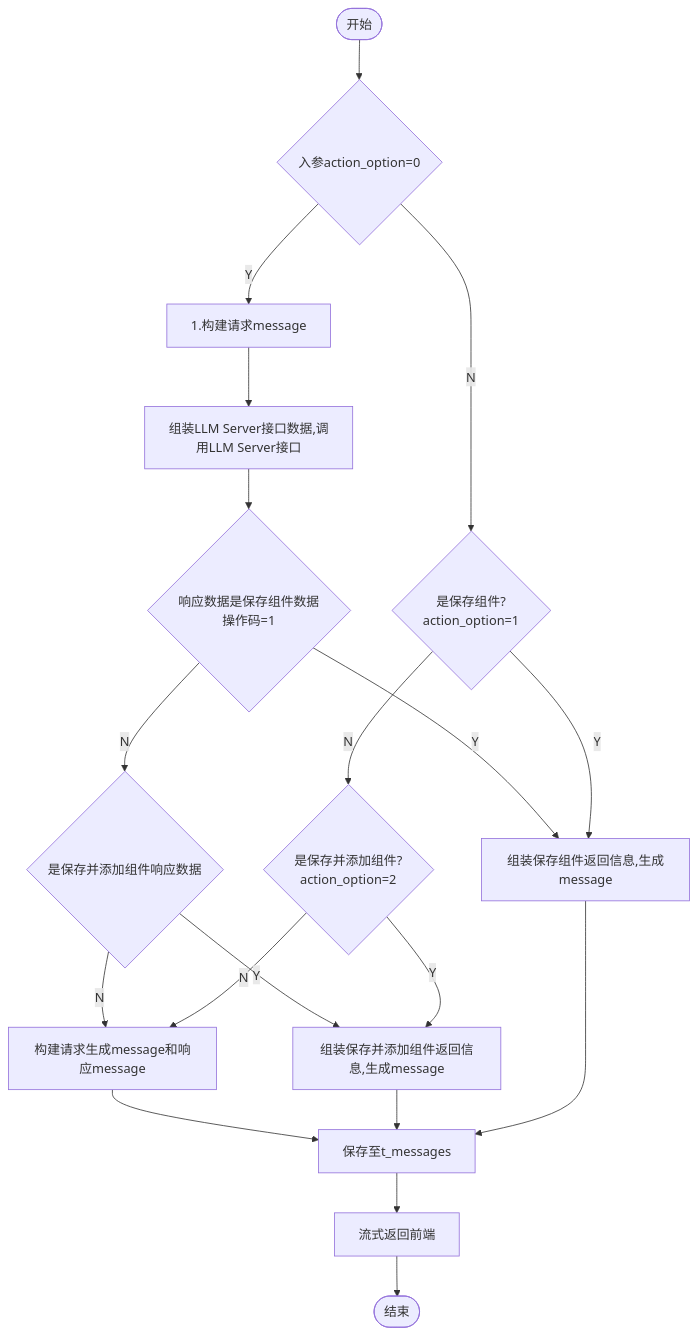
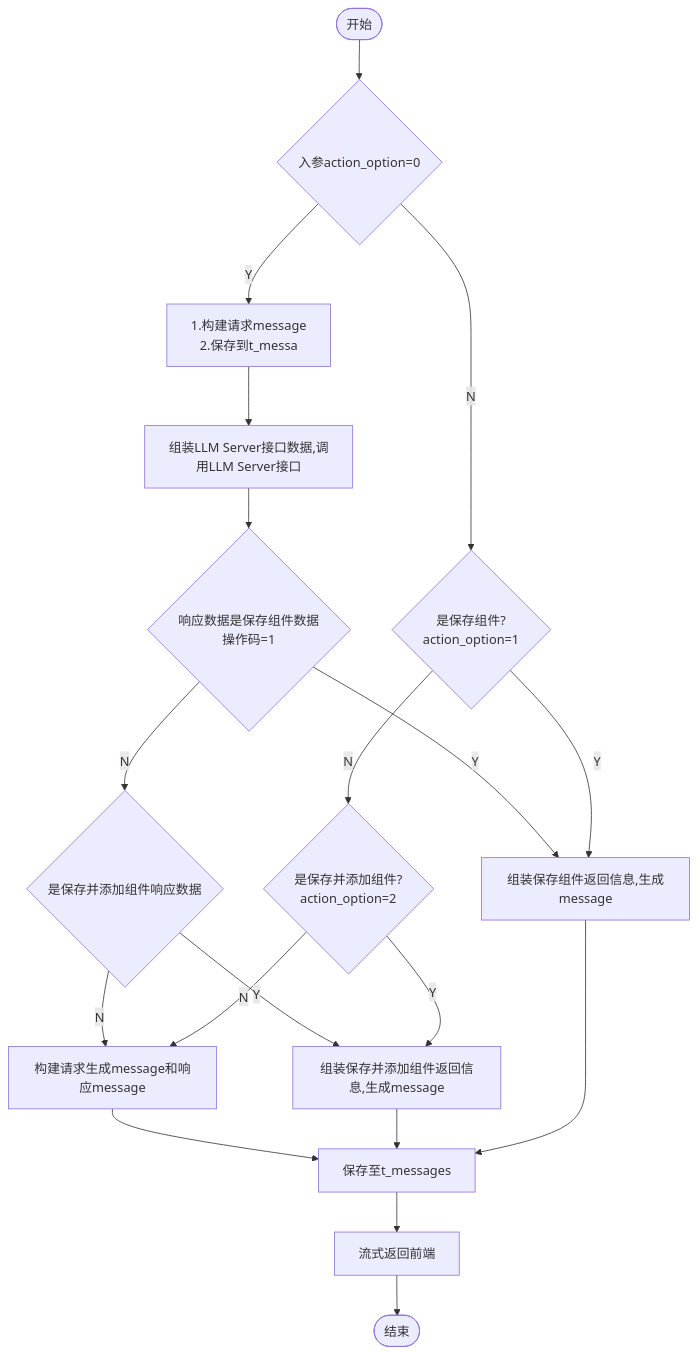
One commit to yingjianzh/iodraw-files changed the diagram in all/添加保存组件.md. Above: the diagram before and after it, drawn with Mermaid.

Commit message:
2024-10-15 15:30:23 update

````diff
--- a/all/添加保存组件.md
+++ b/all/添加保存组件.md
@@ -1,24 +1,24 @@
 ```mermaid
 flowchart TD
     A([开始]) --> B{入参action_option=0}
-    B -- Y --> ReqMessage[1.构建请求message \n ]
+    B -- Y --> ReqMessage[1.构建请求message \n 2.保存到t_messa]
     ReqMessage --> C[组装LLM Server接口数据,调用LLM Server接口]
     C --> E{响应数据是保存组件数据 \n 操作码=1}
     B -- N --> D{是保存组件? \n action_option=1}
     D -- N --> J{是保存并添加组件? \n action_option=2}
 
     E -- N --> L{是保存并添加组件响应数据}
     E -- Y --> F[组装保存组件返回信息,生成message]
     
     L -- N --> R[构建请求生成message和响应message]
     R --> G
     L -- Y --> K
     D -- Y --> F
     
     J -- Y --> K[组装保存并添加组件返回信息,生成message]
     K --> G
     J -- N --> R
     F --> G[保存至t_messages]
     G --> H[流式返回前端]
     H --> I([结束])
 ```
````
